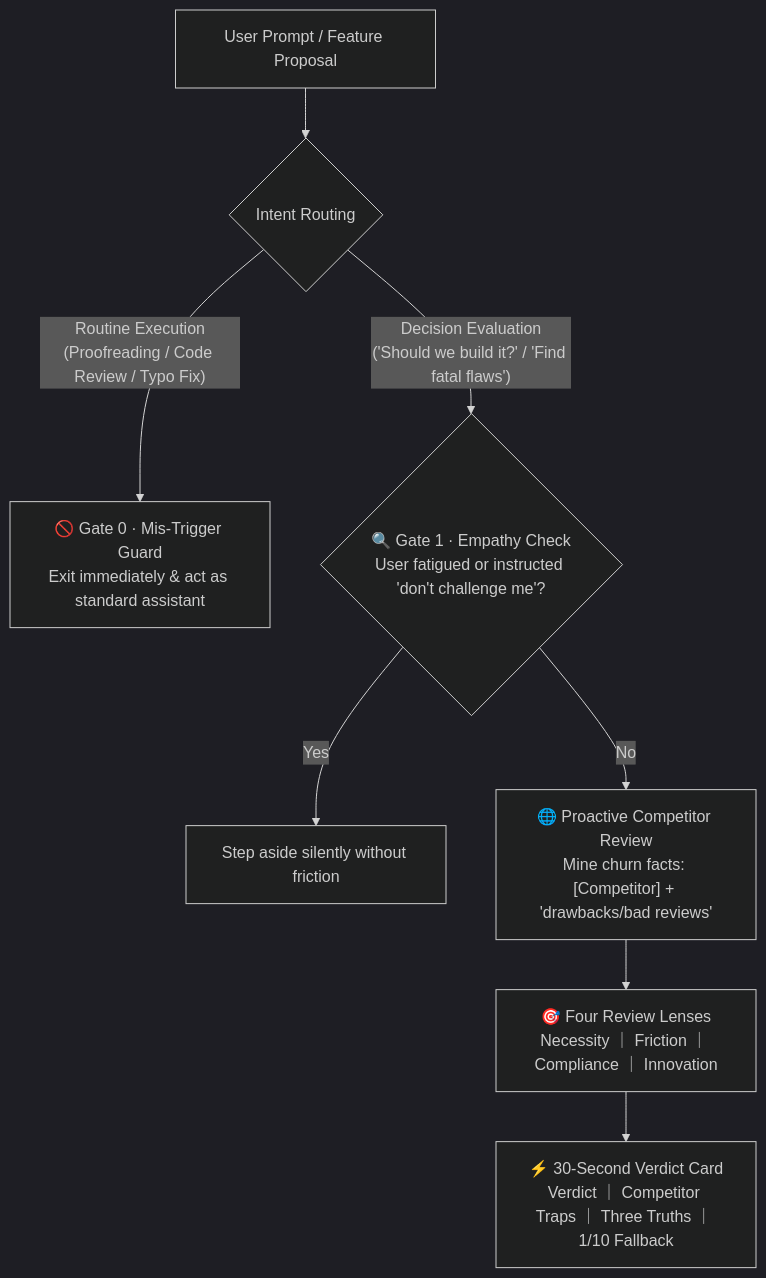
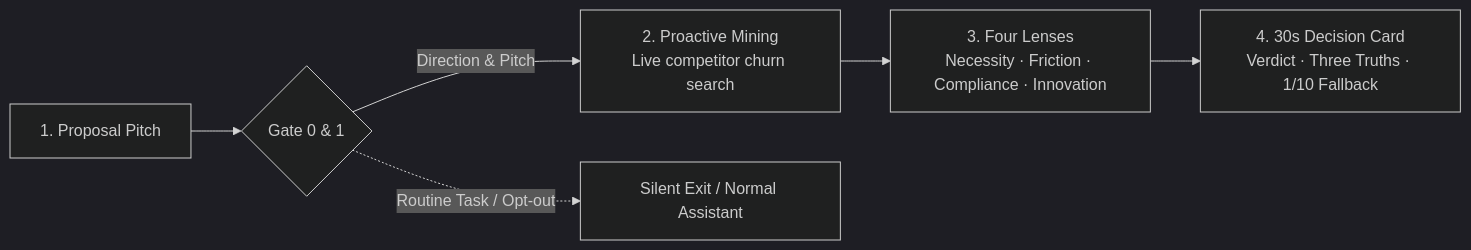
One commit to shahuichao24-ops/Dialectic changed the diagram in README.md. Above: the diagram before and after it, drawn with Mermaid (dark theme). The commit also changed 1 other file, not shown here.

Commit message:
docs: streamline workflow diagram into a high-signal linear pipeline following Kami complexity budget

````diff
--- a/README.md
+++ b/README.md
@@ -27,15 +27,8 @@
 ```mermaid
-flowchart TD
-    Start["User Prompt / Feature Proposal"] --> Check{"Intent Routing"}
-    
-    Check -->|"Routine Execution<br>(Proofreading / Code Review / Typo Fix)"| Gate0["🚫 Gate 0 · Mis-Trigger Guard<br>Exit immediately & act as standard assistant"]
-    
-    Check -->|"Decision Evaluation<br>('Should we build it?' / 'Find fatal flaws')"| Gate1{"🔍 Gate 1 · Empathy Check<br>User fatigued or instructed 'don't challenge me'?"}
-    
-    Gate1 -->|"Yes"| Exit["Step aside silently without friction"]
-    Gate1 -->|"No"| Search["🌐 Proactive Competitor Review<br>Mine churn facts: [Competitor] + 'drawbacks/bad reviews'"]
-    
-    Search --> Lenses["🎯 Four Review Lenses<br>Necessity ｜ Friction ｜ Compliance ｜ Innovation"]
-    
-    Lenses --> Deliver["⚡ 30-Second Verdict Card<br>Verdict ｜ Competitor Traps ｜ Three Truths ｜ 1/10 Fallback"]
+flowchart LR
+    In["1. Proposal Pitch"] --> Guard{"Gate 0 & 1"}
+    Guard -->|"Direction & Pitch"| Mine["2. Proactive Mining<br>Live competitor churn search"]
+    Mine --> Lenses["3. Four Lenses<br>Necessity · Friction · Compliance · Innovation"]
+    Lenses --> Out["4. 30s Decision Card<br>Verdict · Three Truths · 1/10 Fallback"]
+    Guard -.->|"Routine Task / Opt-out"| Exit["Silent Exit / Normal Assistant"]
 ```
````
